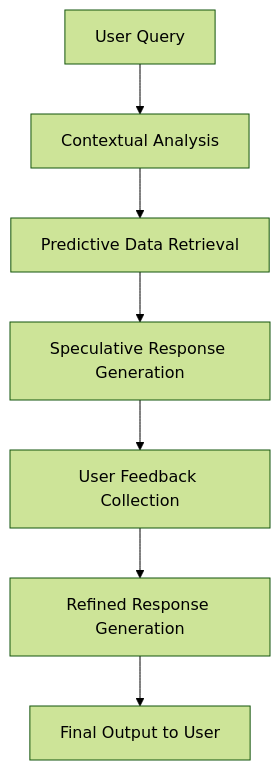
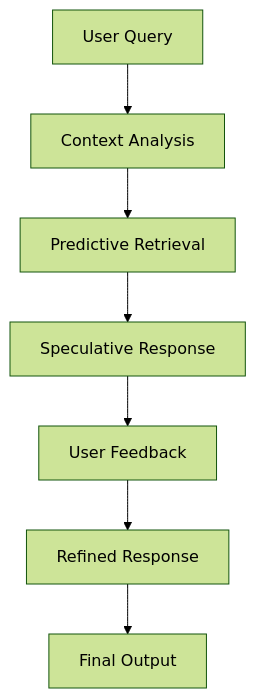
The second of 25 diagrams in Readme.md (Dinuk-Di/RAG-Architectures), drawn with Mermaid (forest theme) before and after one commit. The commit also changed other lines of this file, not shown here.

````diff
--- a/Readme.md
+++ b/Readme.md
@@ -33,9 +61,9 @@
 ```mermaid
 flowchart TD
-    A[User Query] --> B[Contextual Analysis]
-    B --> C[Predictive Data Retrieval]
-    C --> D[Speculative Response Generation]
-    D --> E[User Feedback Collection]
-    E --> F[Refined Response Generation]
-    F --> G[Final Output to User]
+    A[User Query] --> B[Context Analysis]
+    B --> C[Predictive Retrieval]
+    C --> D[Speculative Response]
+    D --> E[User Feedback]
+    E --> F[Refined Response]
+    F --> G[Final Output]
 ```
````
